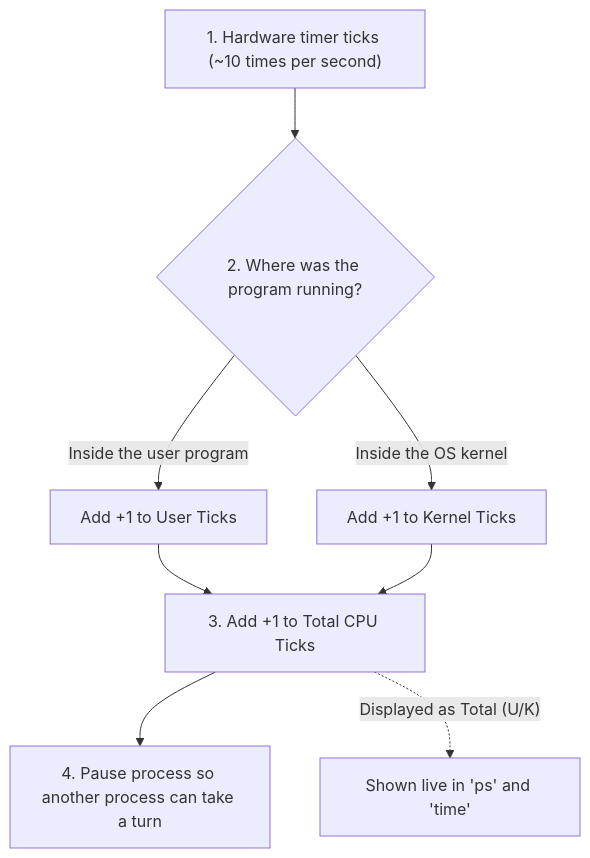
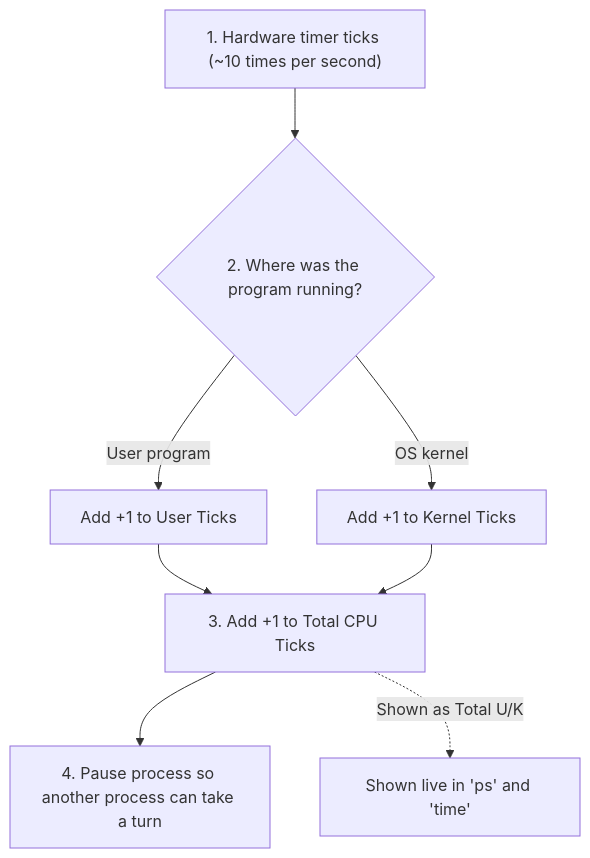
One commit to asbahkhan67-ctrl/xv6-riscv changed the fourth of 21 diagrams in README.md. Above: the diagram before and after it, drawn with Mermaid. The commit also changed other lines of this file and 167 other files, not shown here.

````diff
--- a/README.md
+++ b/README.md
@@ -351,10 +280,10 @@
 ```mermaid
 flowchart TD
     A["1. Hardware timer ticks (~10 times per second)"] --> B{"2. Where was the program running?"}
-    B -- "Inside the user program" --> C["Add +1 to User Ticks"]
-    B -- "Inside the OS kernel" --> D["Add +1 to Kernel Ticks"]
+    B -->|User program| C["Add +1 to User Ticks"]
+    B -->|OS kernel| D["Add +1 to Kernel Ticks"]
     C --> E["3. Add +1 to Total CPU Ticks"]
     D --> E
     E --> F["4. Pause process so another process can take a turn"]
-    E -. "Displayed as Total (U/K)" .-> G["Shown live in 'ps' and 'time'"]
+    E -.->|Shown as Total U/K| G["Shown live in 'ps' and 'time'"]
 ```
````
